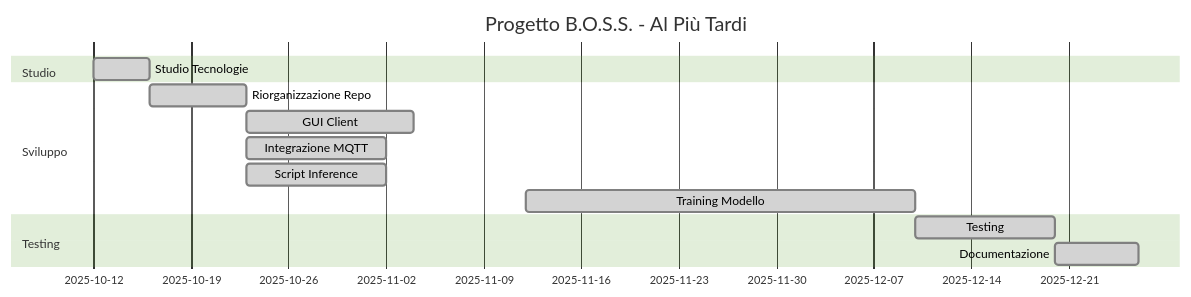
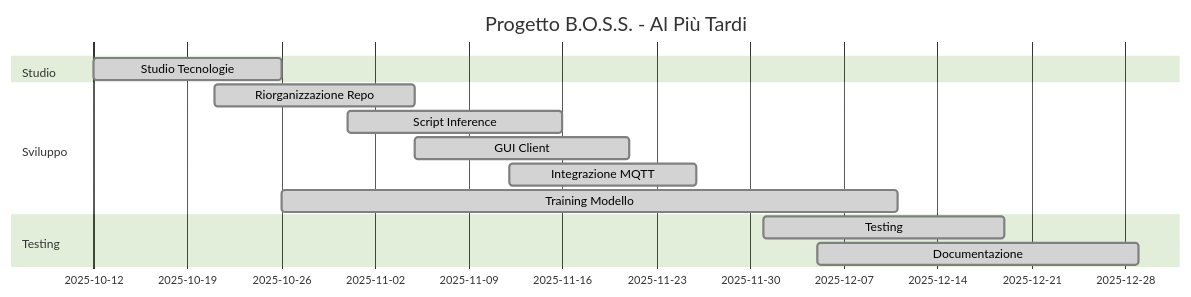
One commit to riccardosemeraro/B.O.S.S.-Branch-Bellusci-SSD300-VGG16 changed diagram 12 of 12 in README.md. Above: the diagram before and after it, drawn with Mermaid (forest theme). The commit also changed other lines of this file, not shown here.

````diff
--- a/README.md
+++ b/README.md
@@ -1141,19 +1141,20 @@
 ```mermaid
 gantt
 title Progetto B.O.S.S. - Al Più Tardi
-dateFormat YYYY-MM-DD
+dateFormat DD-MM-YYYY
 
 section Studio
-Studio Tecnologie :done, st2, 2025-10-12, 4d
+Studio Tecnologie :done, 12-10-2025, 26-10-2025
 
 section Sviluppo
-Riorganizzazione Repo :done, rr2, after st2, 7d
-GUI Client :done, gui2, after rr2, 12d
-Integrazione MQTT :done, mqtt2, after rr2, 10d
-Script Inference :done, si2, after rr2, 10d
-Training Modello :done, tm2, 2025-11-12, 28d
+Riorganizzazione Repo :done, 21-10-2025, 05-11-2025
+Script Inference :done, 31-10-2025, 16-11-2025
+GUI Client :done, 05-11-2025, 21-11-2025
+Integrazione MQTT :done, 12-11-2025, 26-11-2025
+Training Modello :done, 26-10-2025, 11-12-2025
 
 section Testing
-Testing :done, test2, after tm2, 10d
-Documentazione :done, doc2, after test2, 6d
+Testing :done, 01-12-2025, 19-12-2025
+Documentazione :done, 05-12-2025, 29-12-2025
+
 ```
````
